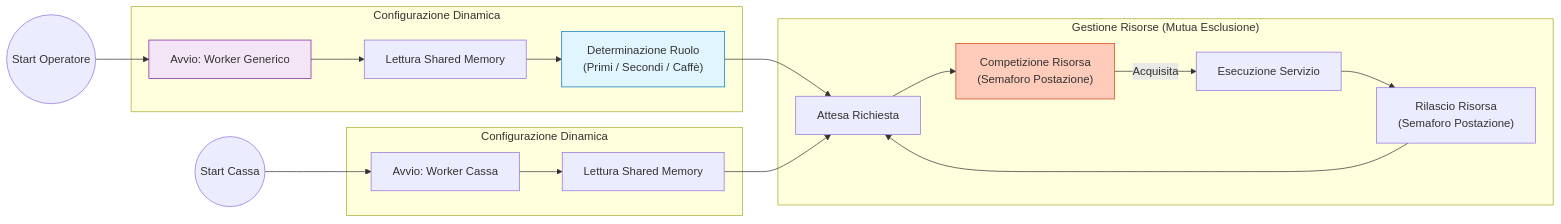
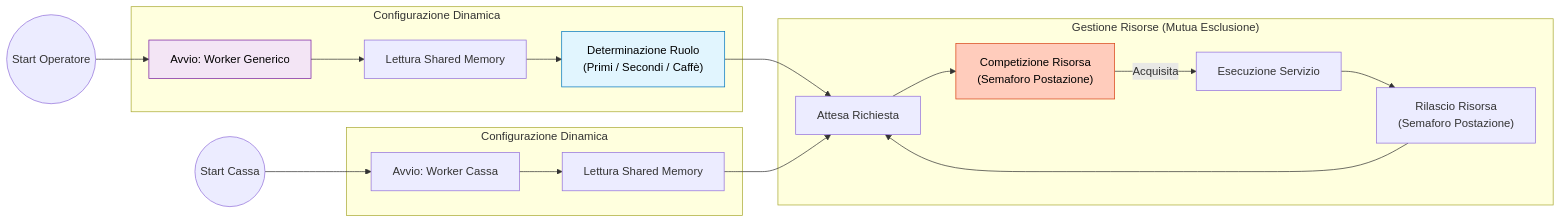
Before and after one commit to l0gic5/servizio_mensa: the third of 10 diagrams in RELAZIONE.md, drawn with Mermaid. The commit also changed other lines of this file, not shown here.

````diff
--- a/RELAZIONE.md
+++ b/RELAZIONE.md
@@ -94,31 +94,31 @@
 ```mermaid
 graph LR
   StartOperatore((Start Operatore)) --> Boot["Avvio: Worker Generico"]
   
   subgraph "Configurazione Dinamica"
     Boot --> ReadSHM["Lettura Shared Memory"]
     ReadSHM --> SetRoleO["Determinazione Ruolo<br>(Primi / Secondi / Caffè)"]
   end
 
   SetRoleO --> LoopWait["Attesa Richiesta"]
 
   StartCassa((Start Cassa)) --> BootC["Avvio: Worker Cassa"]
 
   subgraph "Configurazione Dinamica"
     BootC --> ReadSHMC["Lettura Shared Memory"]
   end
   
   ReadSHMC --> LoopWait["Attesa Richiesta"]
   
   subgraph "Gestione Risorse (Mutua Esclusione)"
     LoopWait --> SemWait["Competizione Risorsa<br>(Semaforo Postazione)"]
     SemWait -- Acquisita --> Work["Esecuzione Servizio"]
     Work --> SemSignal["Rilascio Risorsa<br>(Semaforo Postazione)"]
   end
   
   SemSignal --> LoopWait
 
-  style Boot fill:#f3e5f5,stroke:#7b1fa2
-  style SetRoleO fill:#e1f5fe,stroke:#0277bd
-  style SemWait fill:#ffccbc,stroke:#d84315
+  style Boot fill:#f3e5f5,stroke:#7b1fa2,color:#000
+  style SetRoleO fill:#e1f5fe,stroke:#0277bd,color:#000
+  style SemWait fill:#ffccbc,stroke:#d84315,color:#000
 ```
````
